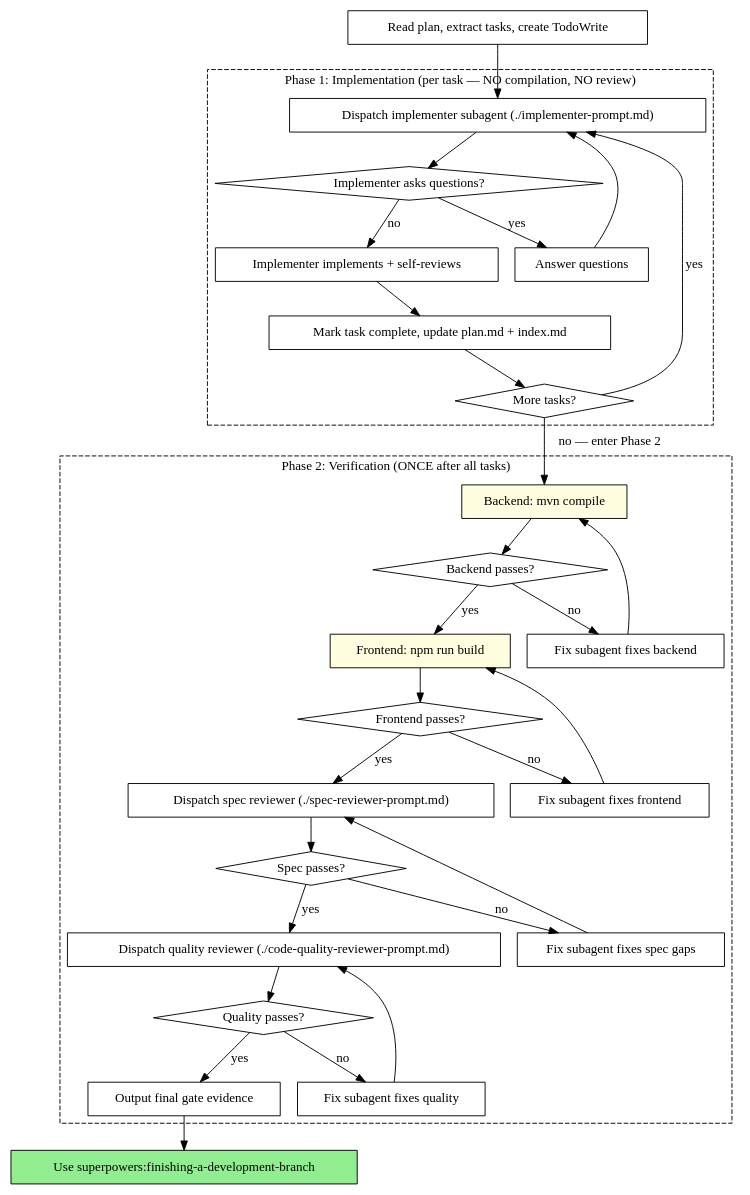
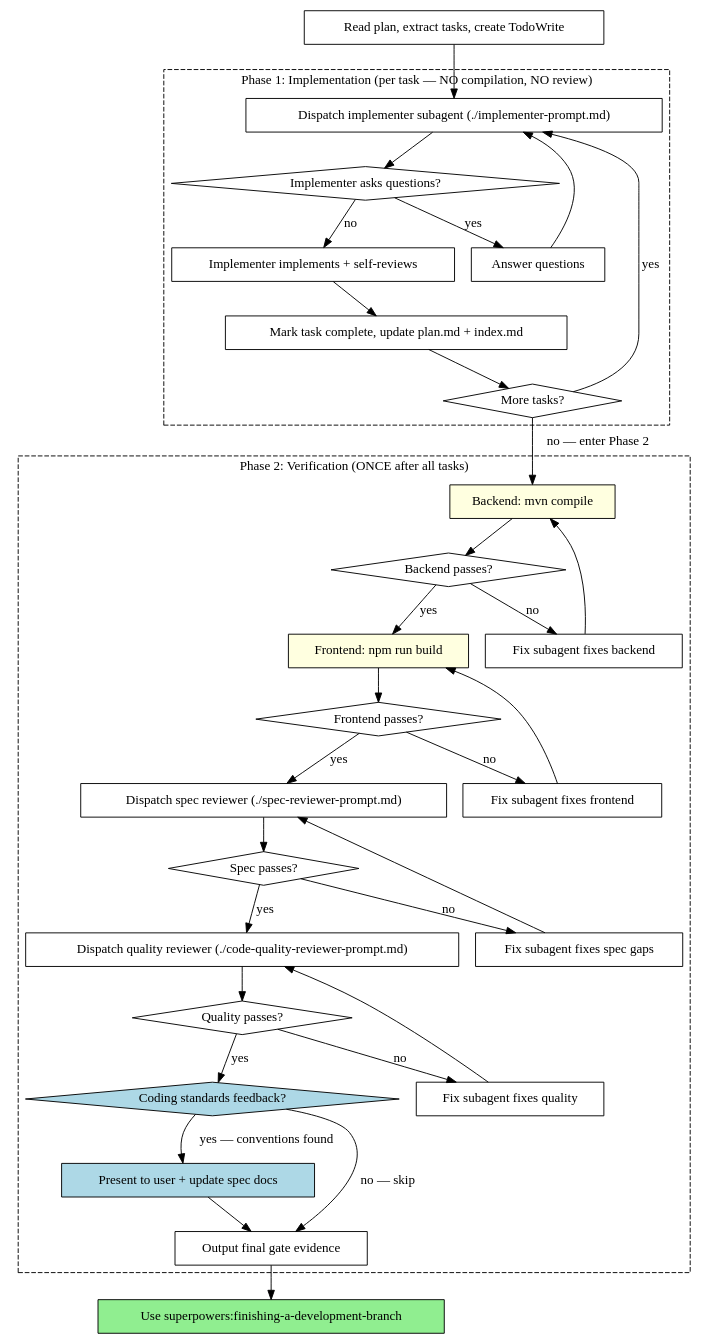
The second of 2 diagrams in skills/subagent-driven-development/SKILL.md (786153747/superpowers), drawn with Graphviz before and after one commit. The commit also changed other lines of this file and 7 other files, not shown here.

````diff
--- a/skills/subagent-driven-development/SKILL.md
+++ b/skills/subagent-driven-development/SKILL.md
@@ -58,65 +58,70 @@
 ```dot
 digraph process {
     rankdir=TB;
 
     subgraph cluster_phase1 {
         label="Phase 1: Implementation (per task — NO compilation, NO review)";
         style=dashed;
         "Dispatch implementer subagent (./implementer-prompt.md)" [shape=box];
         "Implementer asks questions?" [shape=diamond];
         "Answer questions" [shape=box];
         "Implementer implements + self-reviews" [shape=box];
         "Mark task complete, update plan.md + index.md" [shape=box];
         "More tasks?" [shape=diamond];
     }
 
     subgraph cluster_phase2 {
         label="Phase 2: Verification (ONCE after all tasks)";
         style=dashed;
         "Backend: mvn compile" [shape=box style=filled fillcolor=lightyellow];
         "Backend passes?" [shape=diamond];
         "Fix subagent fixes backend" [shape=box];
         "Frontend: npm run build" [shape=box style=filled fillcolor=lightyellow];
         "Frontend passes?" [shape=diamond];
         "Fix subagent fixes frontend" [shape=box];
         "Dispatch spec reviewer (./spec-reviewer-prompt.md)" [shape=box];
         "Spec passes?" [shape=diamond];
         "Fix subagent fixes spec gaps" [shape=box];
         "Dispatch quality reviewer (./code-quality-reviewer-prompt.md)" [shape=box];
         "Quality passes?" [shape=diamond];
         "Fix subagent fixes quality" [shape=box];
+        "Coding standards feedback?" [shape=diamond style=filled fillcolor=lightblue];
+        "Present to user + update spec docs" [shape=box style=filled fillcolor=lightblue];
         "Output final gate evidence" [shape=box];
     }
 
     "Read plan, extract tasks, create TodoWrite" [shape=box];
     "Use superpowers:finishing-a-development-branch" [shape=box style=filled fillcolor=lightgreen];
 
     "Read plan, extract tasks, create TodoWrite" -> "Dispatch implementer subagent (./implementer-prompt.md)";
     "Dispatch implementer subagent (./implementer-prompt.md)" -> "Implementer asks questions?";
     "Implementer asks questions?" -> "Answer questions" [label="yes"];
     "Answer questions" -> "Dispatch implementer subagent (./implementer-prompt.md)";
     "Implementer asks questions?" -> "Implementer implements + self-reviews" [label="no"];
     "Implementer implements + self-reviews" -> "Mark task complete, update plan.md + index.md";
     "Mark task complete, update plan.md + index.md" -> "More tasks?";
     "More tasks?" -> "Dispatch implementer subagent (./implementer-prompt.md)" [label="yes"];
     "More tasks?" -> "Backend: mvn compile" [label="no — enter Phase 2"];
 
     "Backend: mvn compile" -> "Backend passes?";
     "Backend passes?" -> "Fix subagent fixes backend" [label="no"];
     "Fix subagent fixes backend" -> "Backend: mvn compile";
     "Backend passes?" -> "Frontend: npm run build" [label="yes"];
     "Frontend: npm run build" -> "Frontend passes?";
     "Frontend passes?" -> "Fix subagent fixes frontend" [label="no"];
     "Fix subagent fixes frontend" -> "Frontend: npm run build";
     "Frontend passes?" -> "Dispatch spec reviewer (./spec-reviewer-prompt.md)" [label="yes"];
     "Dispatch spec reviewer (./spec-reviewer-prompt.md)" -> "Spec passes?";
     "Spec passes?" -> "Fix subagent fixes spec gaps" [label="no"];
     "Fix subagent fixes spec gaps" -> "Dispatch spec reviewer (./spec-reviewer-prompt.md)";
     "Spec passes?" -> "Dispatch quality reviewer (./code-quality-reviewer-prompt.md)" [label="yes"];
     "Dispatch quality reviewer (./code-quality-reviewer-prompt.md)" -> "Quality passes?";
     "Quality passes?" -> "Fix subagent fixes quality" [label="no"];
     "Fix subagent fixes quality" -> "Dispatch quality reviewer (./code-quality-reviewer-prompt.md)";
-    "Quality passes?" -> "Output final gate evidence" [label="yes"];
+    "Quality passes?" -> "Coding standards feedback?" [label="yes"];
+    "Coding standards feedback?" -> "Present to user + update spec docs" [label="yes — conventions found"];
+    "Present to user + update spec docs" -> "Output final gate evidence";
+    "Coding standards feedback?" -> "Output final gate evidence" [label="no — skip"];
     "Output final gate evidence" -> "Use superpowers:finishing-a-development-branch";
 }
 ```
````
